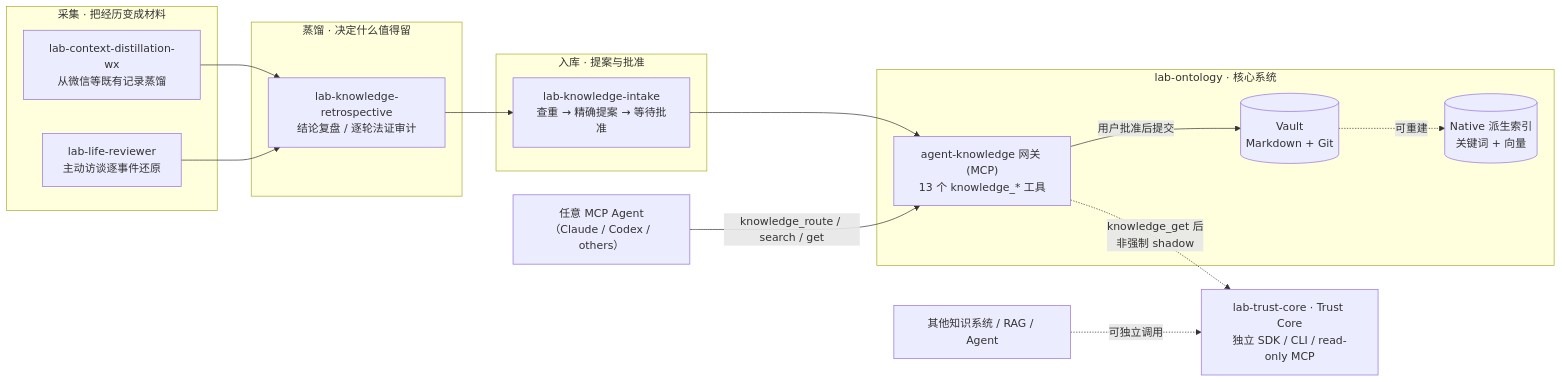
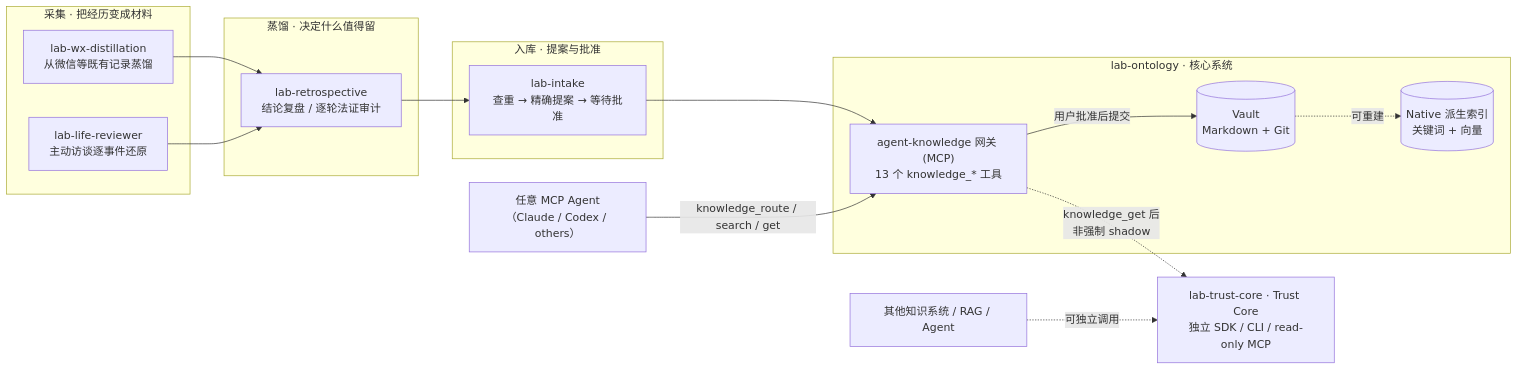
The diagram in README.md (haorantang97/Personal-Ontology), drawn with Mermaid before and after one commit. The commit also changed other lines of this file and 147 other files, not shown here.

````diff
--- a/README.md
+++ b/README.md
@@ -30,28 +30,28 @@
 ```mermaid
 flowchart LR
     subgraph Collect["采集 · 把经历变成材料"]
-        CD["lab-context-distillation-wx<br/>从微信等既有记录蒸馏"]
+        CD["lab-wx-distillation<br/>从微信等既有记录蒸馏"]
         LR["lab-life-reviewer<br/>主动访谈逐事件还原"]
     end
     subgraph Distil["蒸馏 · 决定什么值得留"]
-        KR["lab-knowledge-retrospective<br/>结论复盘 / 逐轮法证审计"]
+        KR["lab-retrospective<br/>结论复盘 / 逐轮法证审计"]
     end
     subgraph File["入库 · 提案与批准"]
-        KI["lab-knowledge-intake<br/>查重 → 精确提案 → 等待批准"]
+        KI["lab-intake<br/>查重 → 精确提案 → 等待批准"]
     end
     subgraph System["lab-ontology · 核心系统"]
         GW["agent-knowledge 网关 (MCP)<br/>13 个 knowledge_* 工具"]
         V[("Vault<br/>Markdown + Git")]
         IX[("Native 派生索引<br/>关键词 + 向量")]
     end
     CD --> KR
     LR --> KR
     KR --> KI
     KI --> GW
     GW -- "用户批准后提交" --> V
     V -. "可重建" .-> IX
     AG["任意 MCP Agent（Claude / Codex / others）"] -- "knowledge_route / search / get" --> GW
     TC["lab-trust-core · Trust Core<br/>独立 SDK / CLI / read-only MCP"]
     GW -. "knowledge_get 后<br/>非强制 shadow" .-> TC
     EXT["其他知识系统 / RAG / Agent"] -. "可独立调用" .-> TC
 ```
````
